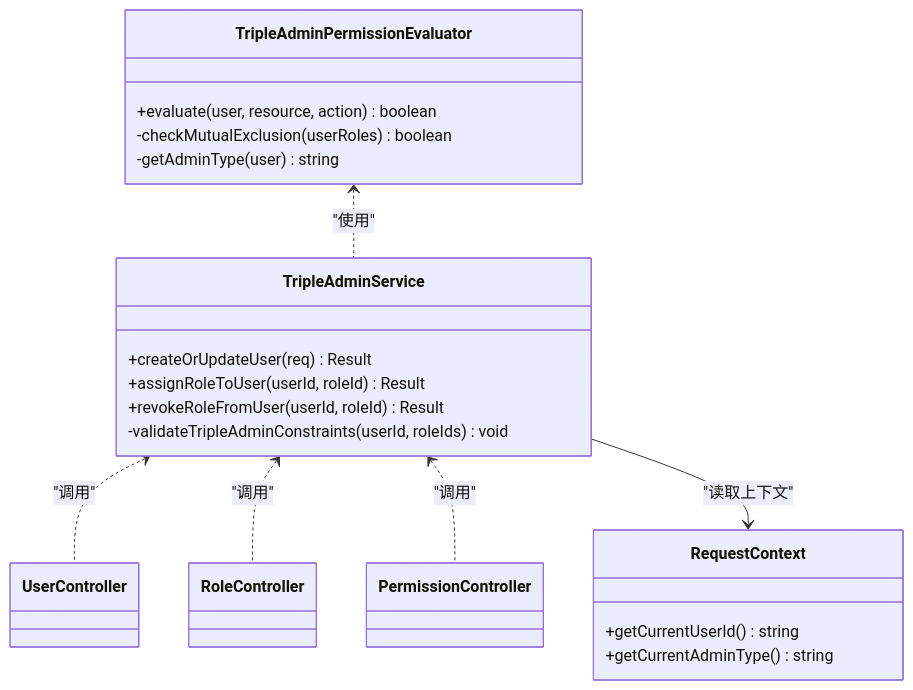
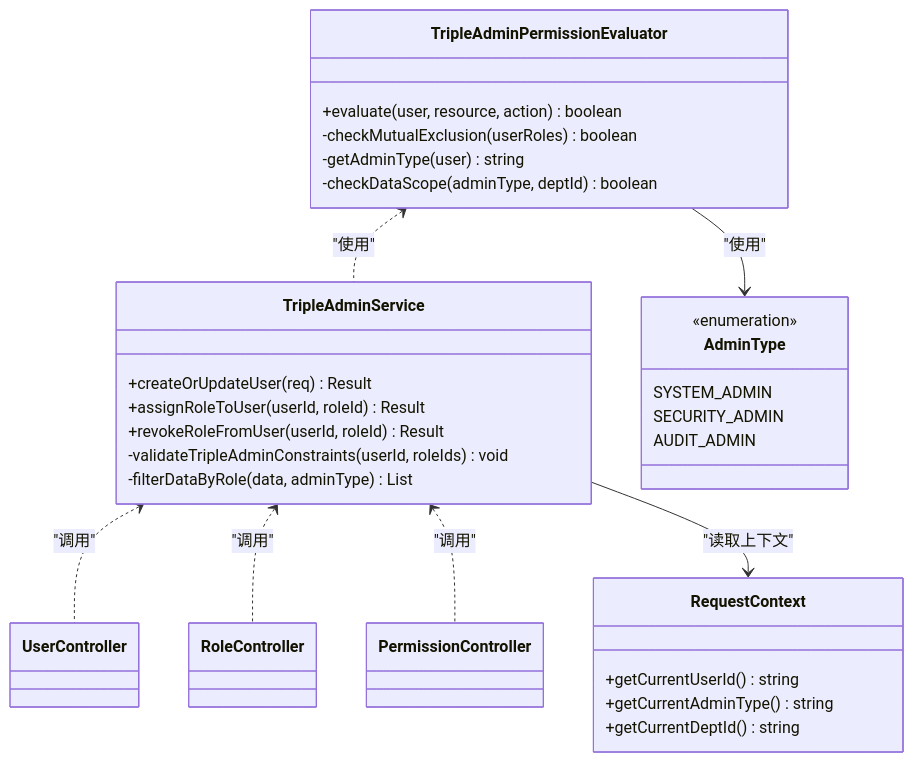
The fourth of 6 diagrams in .qoder/repowiki/zh/content/权限控制系统/三员管理体系.md (liming-lihaini/workflow), drawn with Mermaid before and after one commit. The commit also changed other lines of this file and 46 other files, not shown here.

````diff
--- a/.qoder/repowiki/zh/content/权限控制系统/三员管理体系.md
+++ b/.qoder/repowiki/zh/content/权限控制系统/三员管理体系.md
@@ -264,26 +288,36 @@
 ```mermaid
 classDiagram
 class TripleAdminPermissionEvaluator {
 +evaluate(user, resource, action) boolean
 -checkMutualExclusion(userRoles) boolean
 -getAdminType(user) string
+-checkDataScope(adminType, deptId) boolean
 }
 class TripleAdminService {
 +createOrUpdateUser(req) Result
 +assignRoleToUser(userId, roleId) Result
 +revokeRoleFromUser(userId, roleId) Result
 -validateTripleAdminConstraints(userId, roleIds) void
+-filterDataByRole(data, adminType) List
+}
+class AdminType {
+<<enumeration>>
+SYSTEM_ADMIN
+SECURITY_ADMIN
+AUDIT_ADMIN
 }
 class RequestContext {
 +getCurrentUserId() string
 +getCurrentAdminType() string
++getCurrentDeptId() string
 }
 class UserController
 class RoleController
 class PermissionController
 TripleAdminPermissionEvaluator <.. TripleAdminService : "使用"
 TripleAdminService <.. UserController : "调用"
 TripleAdminService <.. RoleController : "调用"
 TripleAdminService <.. PermissionController : "调用"
 TripleAdminService --> RequestContext : "读取上下文"
+TripleAdminPermissionEvaluator --> AdminType : "使用"
 ```
````
